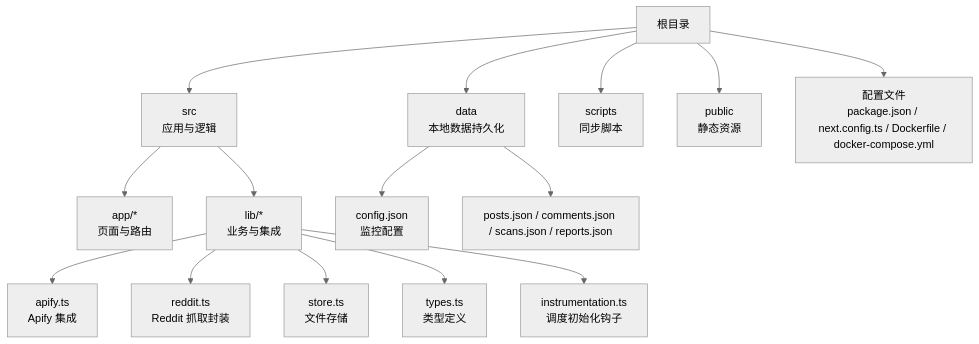
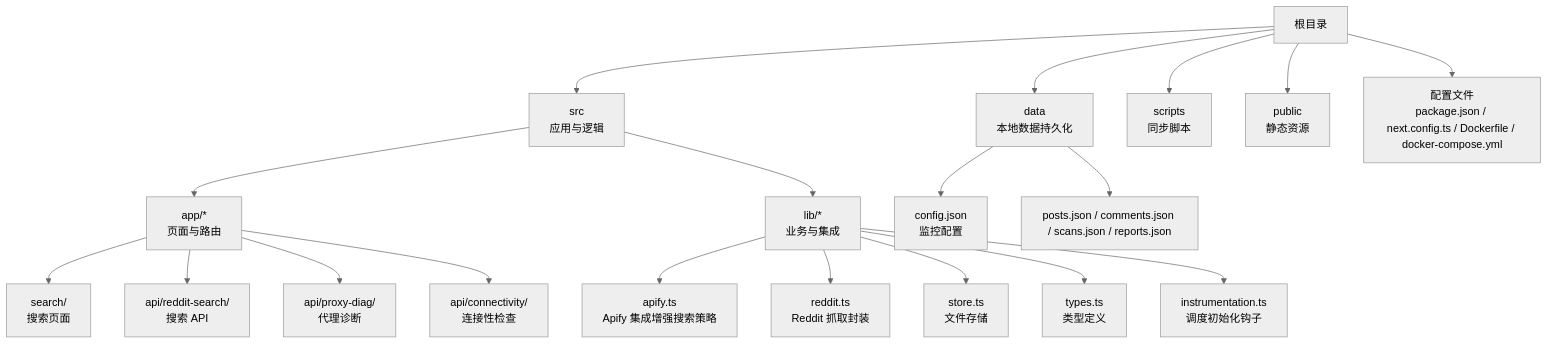
The first of 7 diagrams in .qoder/repowiki/zh/content/部署指南/本地部署.md (zezzezzez/reddit), drawn with Mermaid (neutral theme) before and after one commit. The commit also changed other lines of this file and 21 other files, not shown here.

````diff
--- a/.qoder/repowiki/zh/content/部署指南/本地部署.md
+++ b/.qoder/repowiki/zh/content/部署指南/本地部署.md
@@ -43,17 +55,21 @@
 ```mermaid
 graph TB
 A["根目录"] --> B["src<br/>应用与逻辑"]
 A --> C["data<br/>本地数据持久化"]
 A --> D["scripts<br/>同步脚本"]
 A --> E["public<br/>静态资源"]
 A --> F["配置文件<br/>package.json / next.config.ts / Dockerfile / docker-compose.yml"]
 B --> B1["app/*<br/>页面与路由"]
 B --> B2["lib/*<br/>业务与集成"]
-B2 --> B2a["apify.ts<br/>Apify 集成"]
+B2 --> B2a["apify.ts<br/>Apify 集成增强搜索策略"]
 B2 --> B2b["reddit.ts<br/>Reddit 抓取封装"]
 B2 --> B2c["store.ts<br/>文件存储"]
 B2 --> B2d["types.ts<br/>类型定义"]
 B2 --> B2e["instrumentation.ts<br/>调度初始化钩子"]
+B1 --> B1a["search/<br/>搜索页面"]
+B1 --> B1b["api/reddit-search/<br/>搜索 API"]
+B1 --> B1c["api/proxy-diag/<br/>代理诊断"]
+B1 --> B1d["api/connectivity/<br/>连接性检查"]
 C --> C1["config.json<br/>监控配置"]
 C --> C2["posts.json / comments.json / scans.json / reports.json"]
 ```
````
